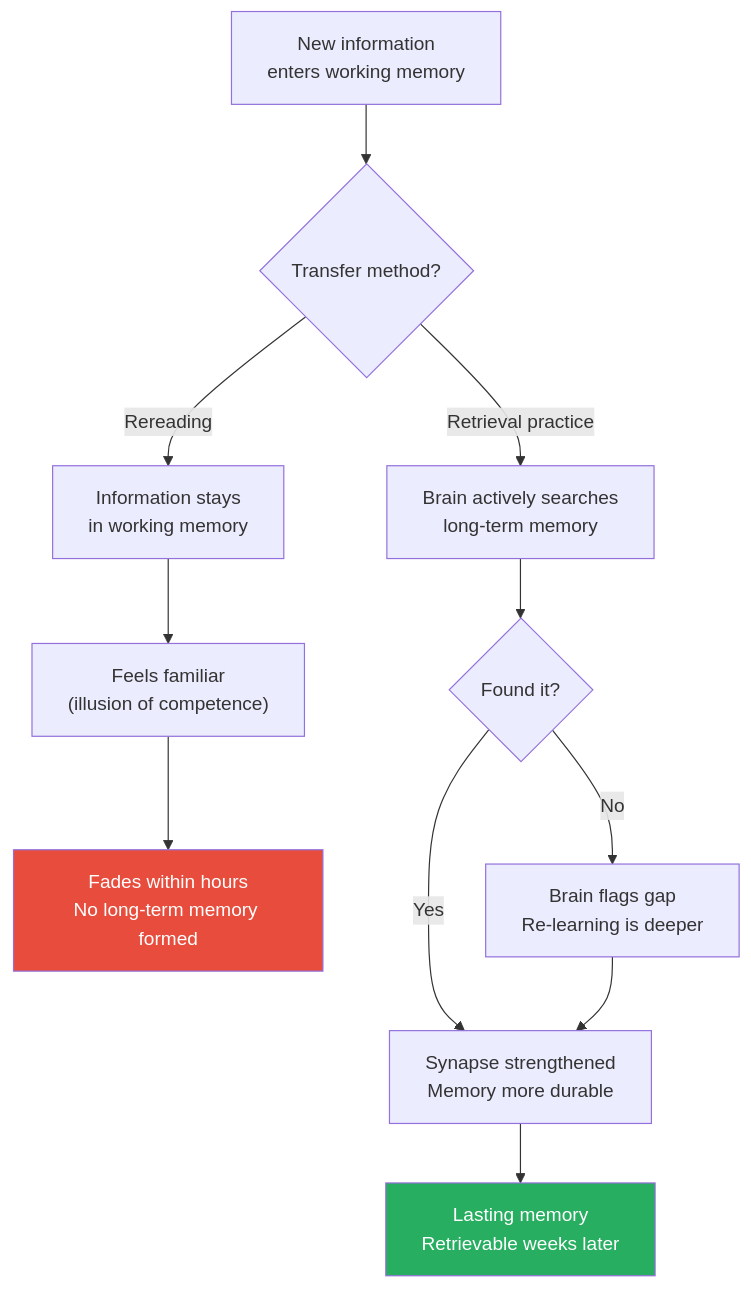
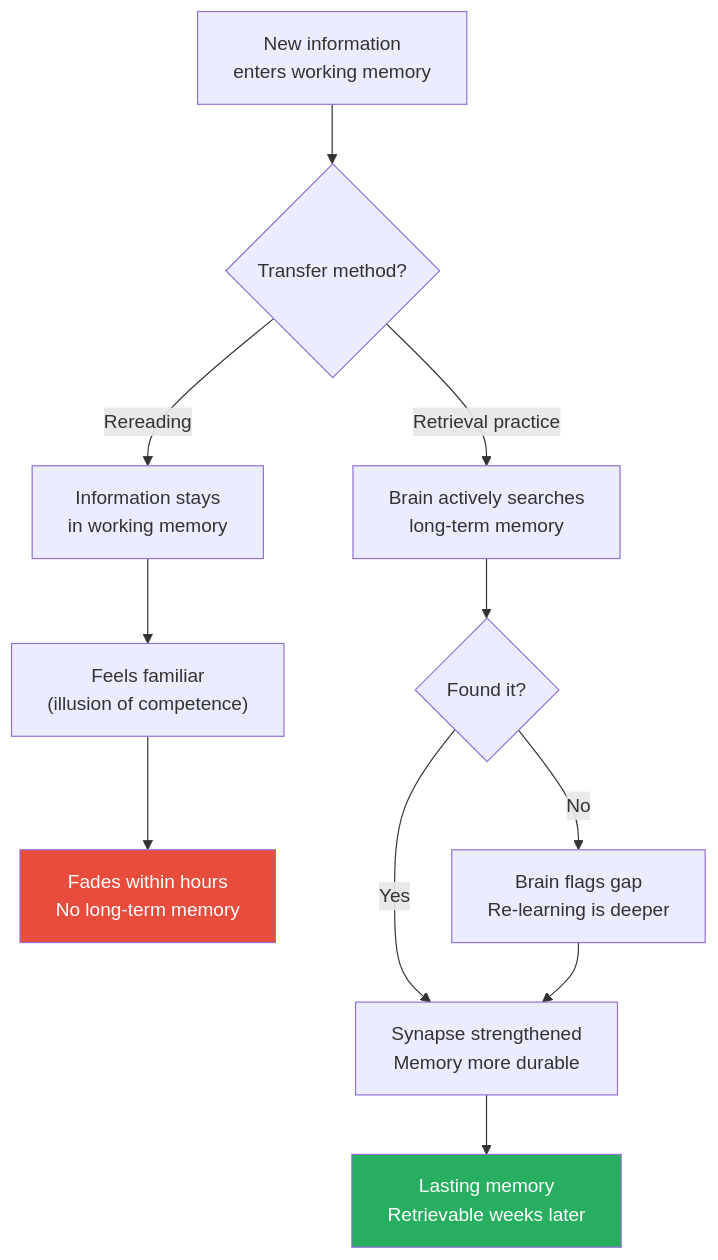
One commit to alius33/reader changed the fifth of 7 diagrams in summaries/Mindset & Self-Mastery/A Mind for Numbers - Barbara Oakley.md. Above: the diagram before and after it, drawn with Mermaid. The commit also changed other lines of this file and 272 other files, not shown here.

````diff
--- a/summaries/Mindset & Self-Mastery/A Mind for Numbers - Barbara Oakley.md
+++ b/summaries/Mindset & Self-Mastery/A Mind for Numbers - Barbara Oakley.md
@@ -345,17 +599,17 @@
 ```mermaid
 flowchart TD
-    A["New information\nenters working memory"] --> B{"Transfer method?"}
-    B -->|Rereading| C["Information stays\nin working memory"]
-    C --> D["Feels familiar\n(illusion of competence)"]
-    D --> E["Fades within hours\nNo long-term memory formed"]
-    
-    B -->|Retrieval practice| F["Brain actively searches\nlong-term memory"]
+    A["New information<br>enters working memory"] --> B{"Transfer method?"}
+    B -->|Rereading| C["Information stays<br>in working memory"]
+    C --> D["Feels familiar<br>(illusion of competence)"]
+    D --> E["Fades within hours<br>No long-term memory"]
+
+    B -->|Retrieval practice| F["Brain actively searches<br>long-term memory"]
     F --> G{"Found it?"}
-    G -->|Yes| H["Synapse strengthened\nMemory more durable"]
-    G -->|No| I["Brain flags gap\nRe-learning is deeper"]
+    G -->|Yes| H["Synapse strengthened<br>Memory more durable"]
+    G -->|No| I["Brain flags gap<br>Re-learning is deeper"]
     I --> H
-    H --> J["Lasting memory\nRetrievable weeks later"]
-    
+    H --> J["Lasting memory<br>Retrievable weeks later"]
+
     style E fill:#e74c3c,color:#fff
     style J fill:#27ae60,color:#fff
 ```
````
